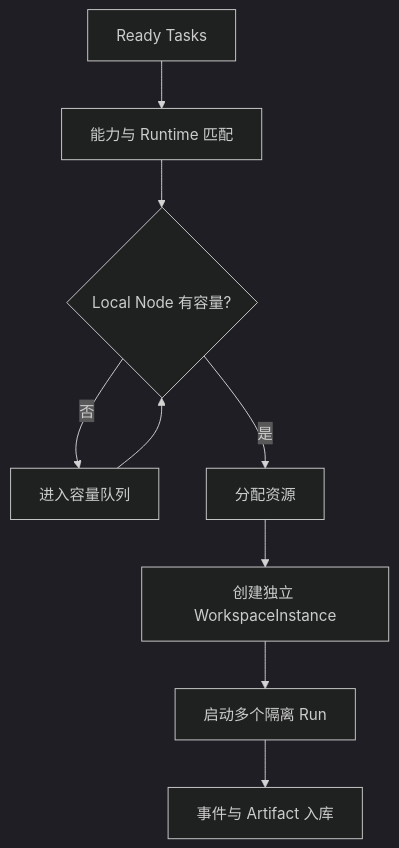
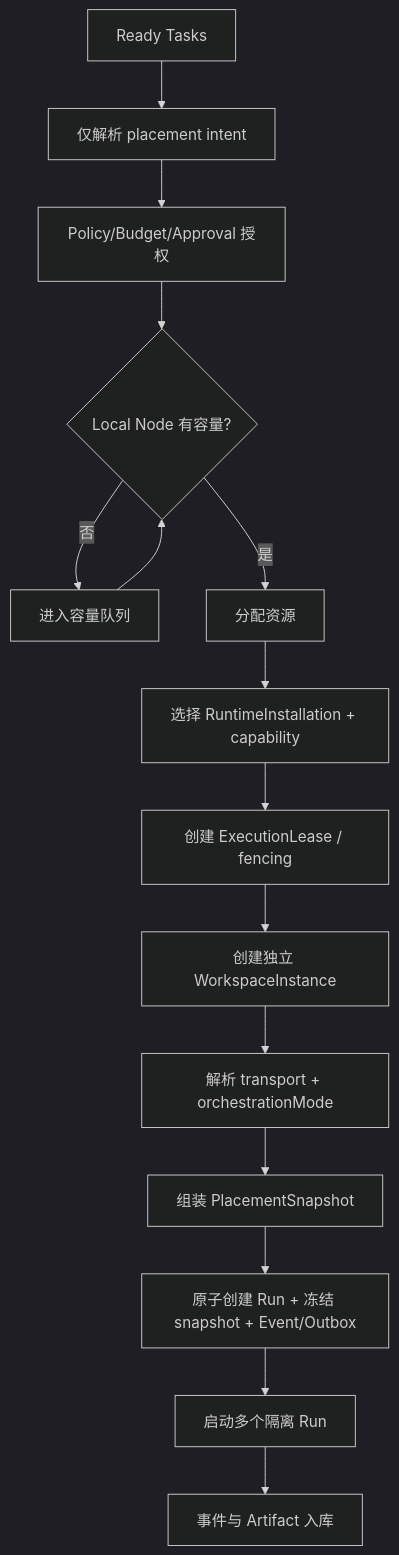
One commit to nicechencs/workforce changed the second of 10 diagrams in docs/product-ui/02-core-user-flows.md. Above: the diagram before and after it, drawn with Mermaid (dark theme). The commit also changed other lines of this file and 29 other files, not shown here.

First line of the commit message:
docs: align D15-D18 contracts, flows, and docs checks

````diff
--- a/docs/product-ui/02-core-user-flows.md
+++ b/docs/product-ui/02-core-user-flows.md
@@ -34,11 +63,17 @@
 ```mermaid
 flowchart TD
-  Ready[Ready Tasks] --> Match[能力与 Runtime 匹配]
-  Match --> Capacity{Local Node 有容量?}
+  Ready[Ready Tasks] --> ResolveIntent[仅解析 placement intent]
+  ResolveIntent --> Guard[Policy/Budget/Approval 授权]
+  Guard --> Capacity{Local Node 有容量?}
   Capacity -->|否| Queue[进入容量队列]
   Queue --> Capacity
   Capacity -->|是| Allocate[分配资源]
-  Allocate --> Workspace[创建独立 WorkspaceInstance]
-  Workspace --> Runs[启动多个隔离 Run]
+  Allocate --> Runtime[选择 RuntimeInstallation + capability]
+  Runtime --> Lease[创建 ExecutionLease / fencing]
+  Lease --> Workspace[创建独立 WorkspaceInstance]
+  Workspace --> ResolveAxes[解析 transport + orchestrationMode]
+  ResolveAxes --> Binding[组装 PlacementSnapshot]
+  Binding --> Freeze[原子创建 Run + 冻结 snapshot + Event/Outbox]
+  Freeze --> Runs[启动多个隔离 Run]
   Runs --> Events[事件与 Artifact 入库]
 ```
````
